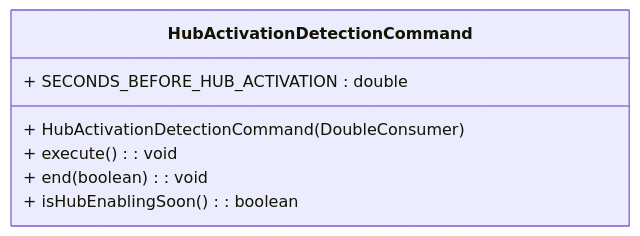
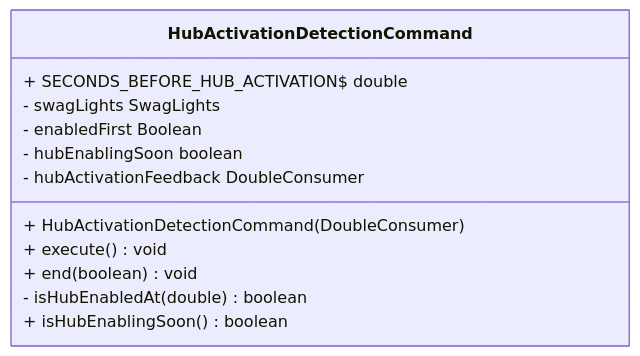
One commit to LakotaRobotics1038/2026RobotProject changed the diagram in src/uml/frc/robot/commands/HubActivationDetectionCommand.mmd. Above: the diagram before and after it, drawn with Mermaid. The commit also changed 78 other files, not shown here.

Commit message:
Update uml

```diff
--- a/src/uml/frc/robot/commands/HubActivationDetectionCommand.mmd
+++ b/src/uml/frc/robot/commands/HubActivationDetectionCommand.mmd
@@ -1,10 +1,15 @@
 classDiagram
   direction LR
 
   class HubActivationDetectionCommand {
-    + SECONDS_BEFORE_HUB_ACTIVATION : double
+    + SECONDS_BEFORE_HUB_ACTIVATION$ double
+    - swagLights SwagLights
+    - enabledFirst Boolean
+    - hubEnablingSoon boolean
+    - hubActivationFeedback DoubleConsumer
     + HubActivationDetectionCommand(DoubleConsumer)
-    + execute() : void
-    + end(boolean) : void
-    + isHubEnablingSoon() : boolean
+    + execute() void
+    + end(boolean) void
+    - isHubEnabledAt(double) boolean
+    + isHubEnablingSoon() boolean
   }
```
